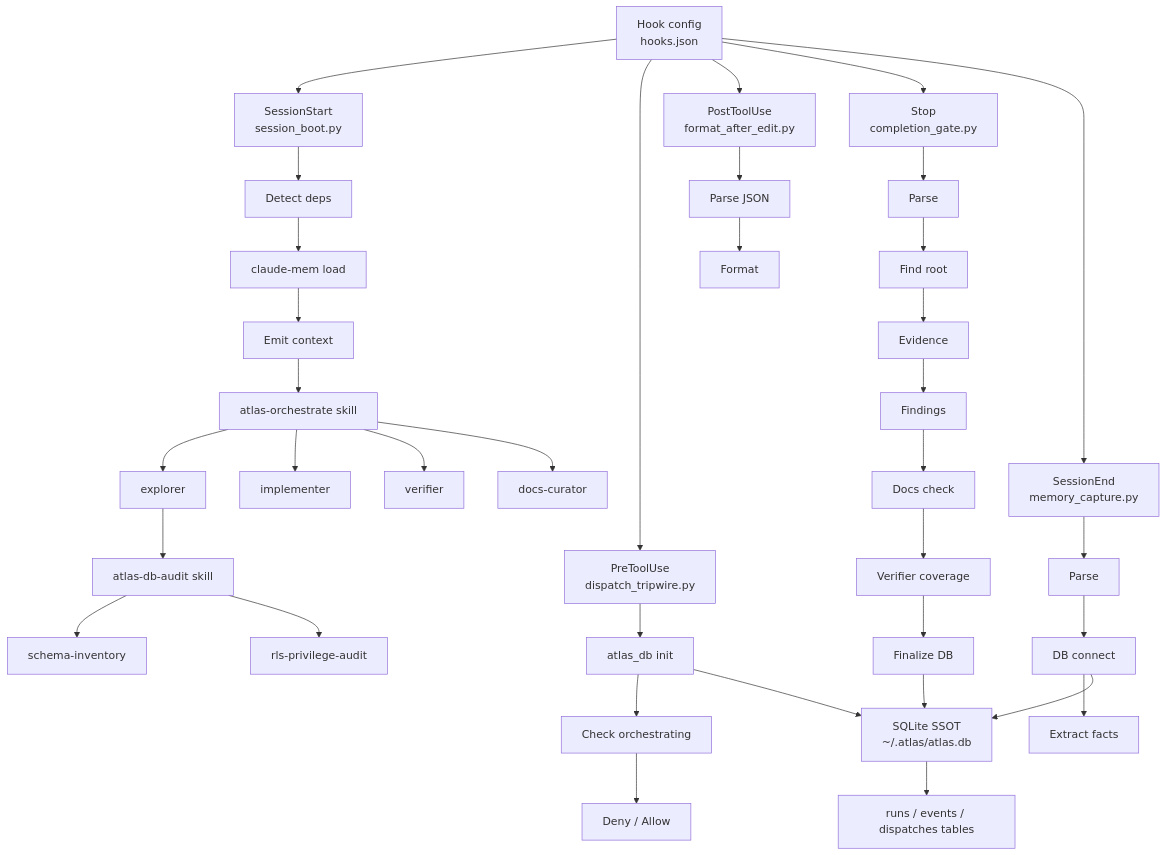
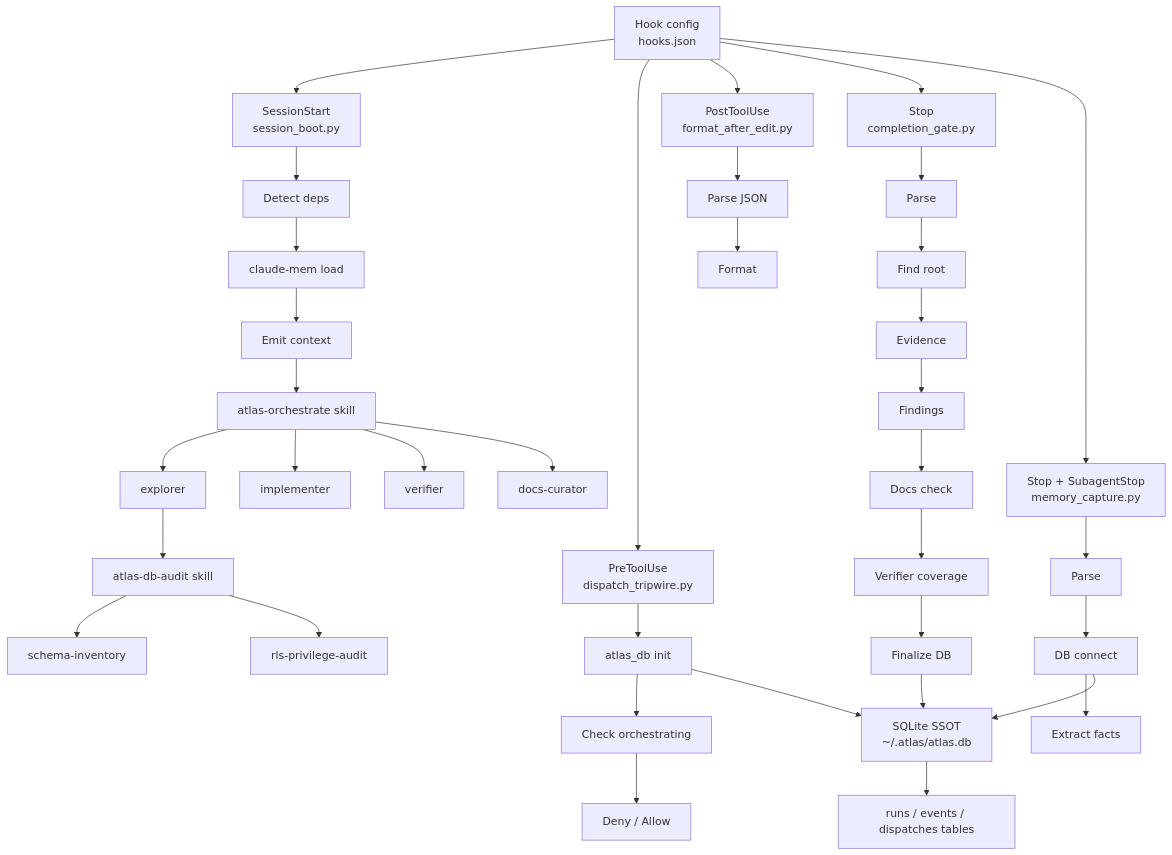
One commit to w159/tech-tools changed the diagram in docs/architecture/atlas-plugin-map-2026-07-17.md. Above: the diagram before and after it, drawn with Mermaid. The commit also changed other lines of this file and 10 other files, not shown here.

````diff
--- a/docs/architecture/atlas-plugin-map-2026-07-17.md
+++ b/docs/architecture/atlas-plugin-map-2026-07-17.md
@@ -7,27 +7,27 @@
 ```mermaid
 graph TD
     A["Hook config<br/>hooks.json"] --> B["SessionStart<br/>session_boot.py"]
     B --> C["Detect deps"] --> D["claude-mem load"] --> E["Emit context"]
 
     A --> F["PreToolUse<br/>dispatch_tripwire.py"]
     F --> G["atlas_db init"] --> H["Check orchestrating"] --> I["Deny / Allow"]
 
     A --> J["PostToolUse<br/>format_after_edit.py"] --> K["Parse JSON"] --> L["Format"]
 
     A --> M["Stop<br/>completion_gate.py"]
     M --> N["Parse"] --> O["Find root"] --> P["Evidence"] --> Q["Findings"]
     Q --> R["Docs check"] --> S["Verifier coverage"] --> T["Finalize DB"]
 
-    A --> U["SessionEnd<br/>memory_capture.py"]
+    A --> U["Stop + SubagentStop<br/>memory_capture.py"]
     U --> V["Parse"] --> W["DB connect"] --> X["Extract facts"]
 
     T --> Y["SQLite SSOT<br/>~/.atlas/atlas.db"]
     W --> Y
     G --> Y
     Y --> Z["runs / events / dispatches tables"]
 
     E --> CC["atlas-orchestrate skill"]
     CC --> DD["explorer"] & EE["implementer"] & FF["verifier"] & GG["docs-curator"]
     DD --> HH["atlas-db-audit skill"]
     HH --> II["schema-inventory"] & JJ["rls-privilege-audit"]
 ```
````
